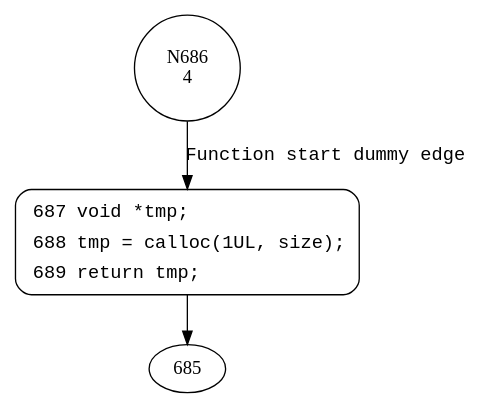
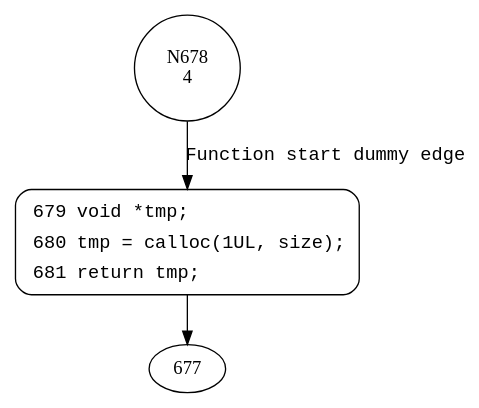
The diagram in Juliet_Test_Copy_1/output/cfa/cfa__ldv_reference_zalloc.dot (rifatbit0401/svcomp), drawn with Graphviz before and after one commit. The commit also changed 73 other files, not shown here.

```diff
--- a/Juliet_Test_Copy_1/output/cfa/cfa__ldv_reference_zalloc.dot
+++ b/Juliet_Test_Copy_1/output/cfa/cfa__ldv_reference_zalloc.dot
@@ -1,7 +1,7 @@
 digraph ldv_reference_zalloc {
-686 [shape="circle" label="N686\n4"]
-687 [shape="circle" label="N687\n3"]
-687 [style="filled,bold" penwidth="1" fillcolor="white" fontname="Courier New" shape="Mrecord" label=<<table border="0" cellborder="0" cellpadding="3" bgcolor="white"><tr><td align="right">687</td><td align="left">void *tmp;</td></tr><tr><td align="right">688</td><td align="left">tmp = calloc(1UL, size);</td></tr><tr><td align="right">689</td><td align="left">return tmp;</td></tr></table>>]
-687 -> 685[label=""]
-686 -> 687 [label="Function start dummy edge" fontname="Courier New"]
+678 [shape="circle" label="N678\n4"]
+679 [shape="circle" label="N679\n3"]
+679 [style="filled,bold" penwidth="1" fillcolor="white" fontname="Courier New" shape="Mrecord" label=<<table border="0" cellborder="0" cellpadding="3" bgcolor="white"><tr><td align="right">679</td><td align="left">void *tmp;</td></tr><tr><td align="right">680</td><td align="left">tmp = calloc(1UL, size);</td></tr><tr><td align="right">681</td><td align="left">return tmp;</td></tr></table>>]
+679 -> 677[label=""]
+678 -> 679 [label="Function start dummy edge" fontname="Courier New"]
 }
```
